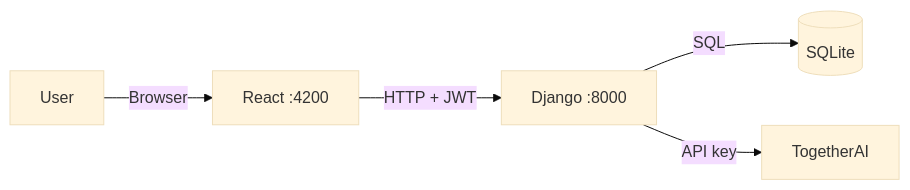
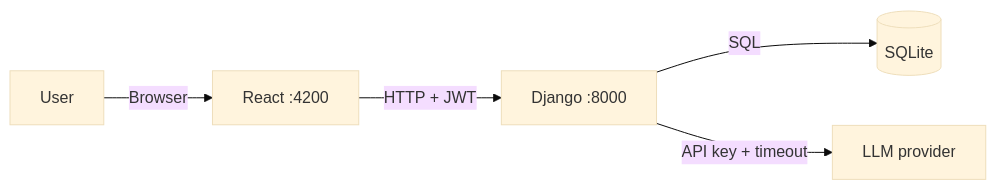
One commit to Fezzaioussama/AIMIx changed the diagram in README.md. Above: the diagram before and after it, drawn with Mermaid (base theme). The commit also changed other lines of this file and 73 other files, not shown here.

````diff
--- a/README.md
+++ b/README.md
@@ -44,7 +47,7 @@
 ```mermaid
 graph LR
     User -->|Browser| FE["React :4200"]
     FE -->|"HTTP + JWT"| BE["Django :8000"]
     BE -->|SQL| DB[("SQLite")]
-    BE -->|API key| AI["TogetherAI"]
+    BE -->|"API key + timeout"| AI["LLM provider"]
 ```
````
